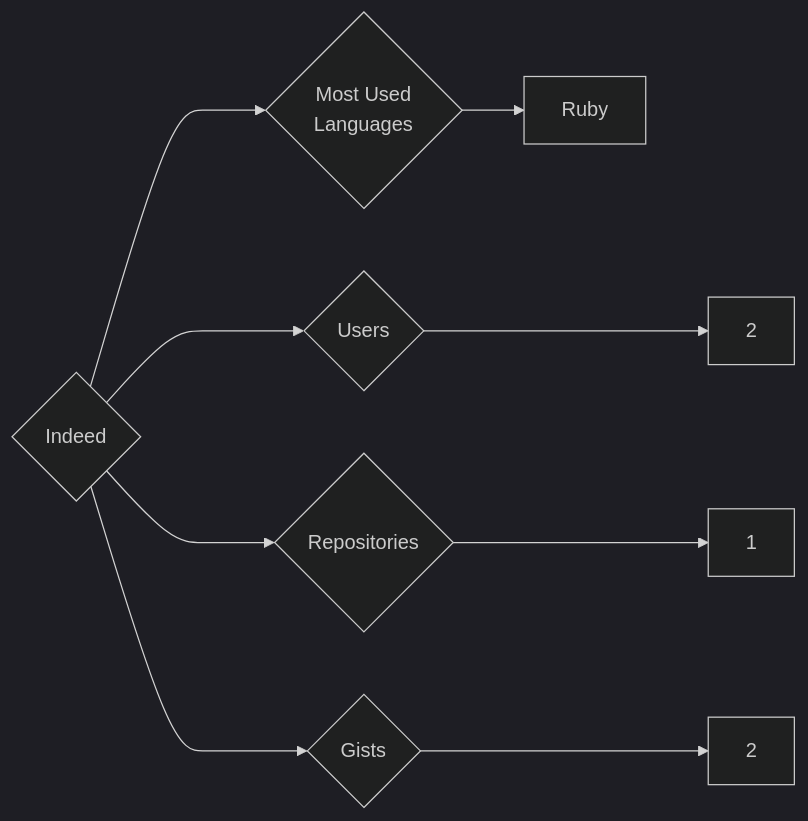
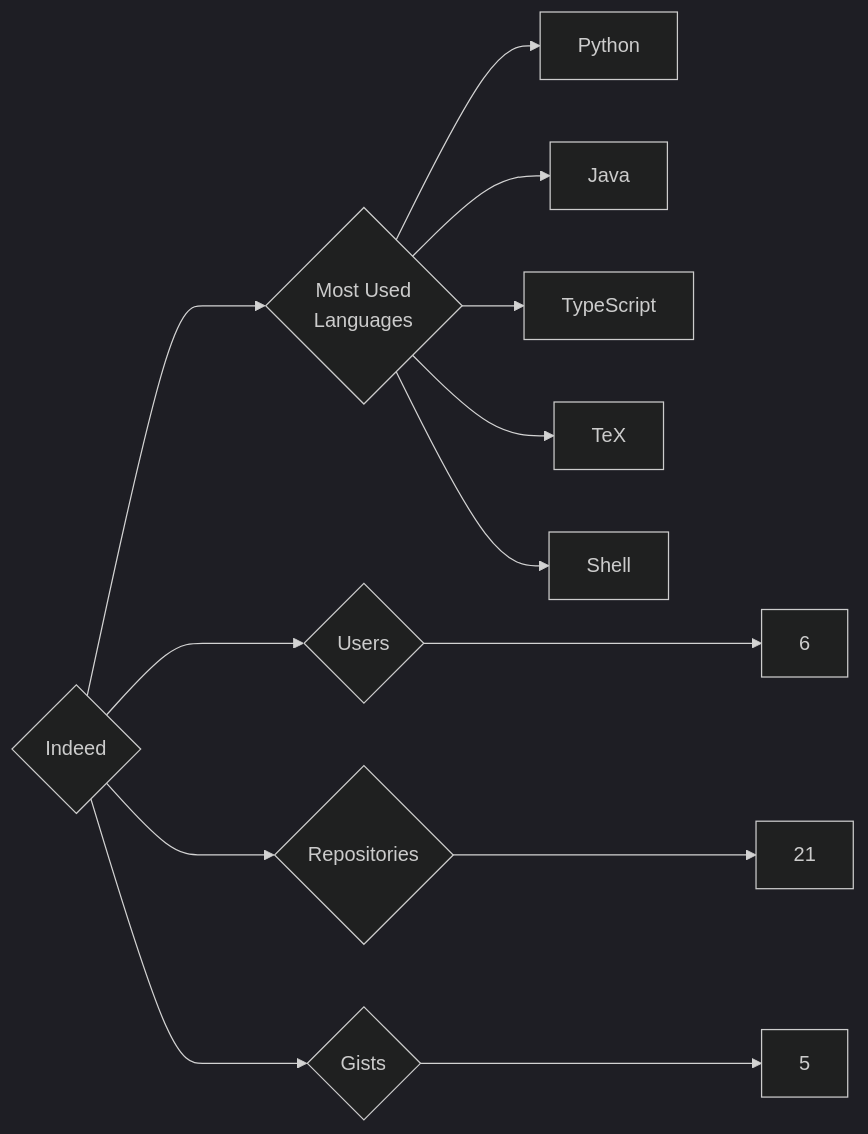
The diagram in targets/Indeed/README.md (trickest/insiders), drawn with Mermaid (dark theme) before and after one commit. The commit also changed 622 other files, not shown here.

````diff
--- a/targets/Indeed/README.md
+++ b/targets/Indeed/README.md
@@ -3,9 +3,13 @@
 ```mermaid
 graph LR
 COMPANY_NAME{Indeed}
-COMPANY_NAME ---> U{Users} ---> UN[2]
-COMPANY_NAME ---> R{Repositories} ---> RN[1]
-COMPANY_NAME ---> G{Gists} ---> GN[2]
+COMPANY_NAME ---> U{Users} ---> UN[6]
+COMPANY_NAME ---> R{Repositories} ---> RN[21]
+COMPANY_NAME ---> G{Gists} ---> GN[5]
 COMPANY_NAME ---> ML{Most Used<br>Languages}
-ML --> Ruby[Ruby]
+ML --> Python[Python]
+ML --> Java[Java]
+ML --> TypeScript[TypeScript]
+ML --> TeX[TeX]
+ML --> Shell[Shell]
 ```
````
